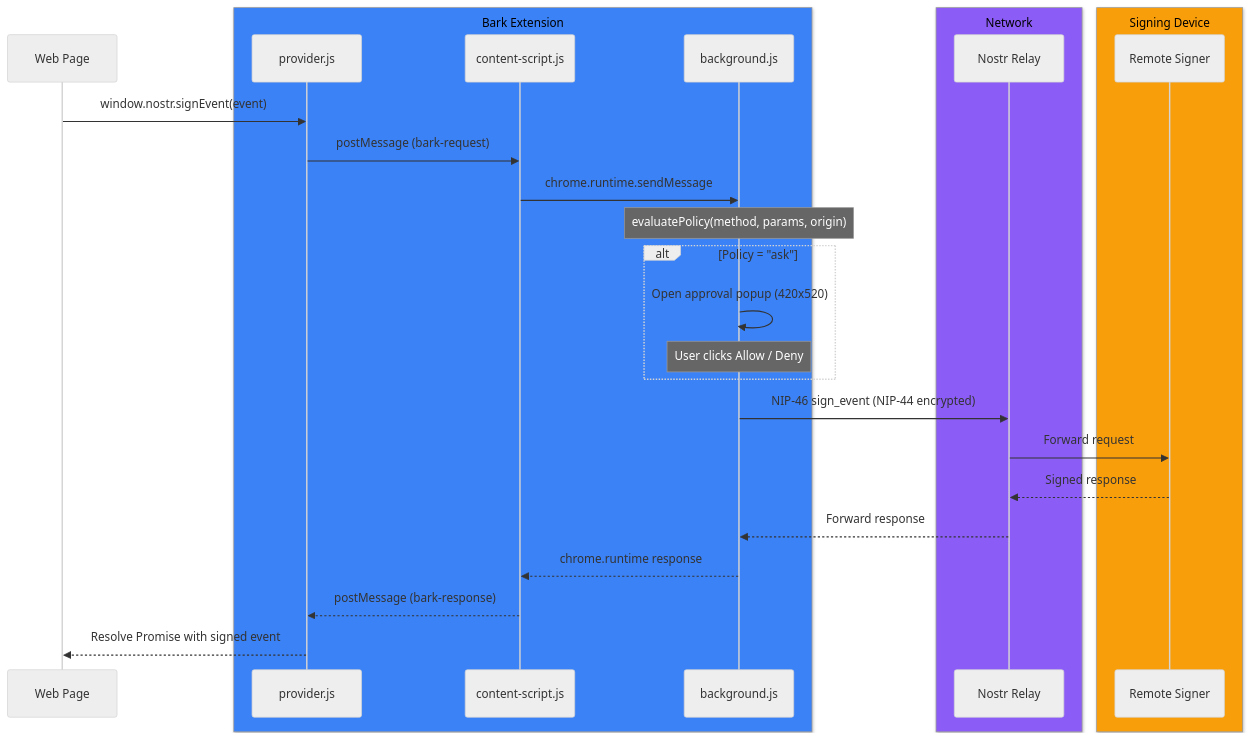
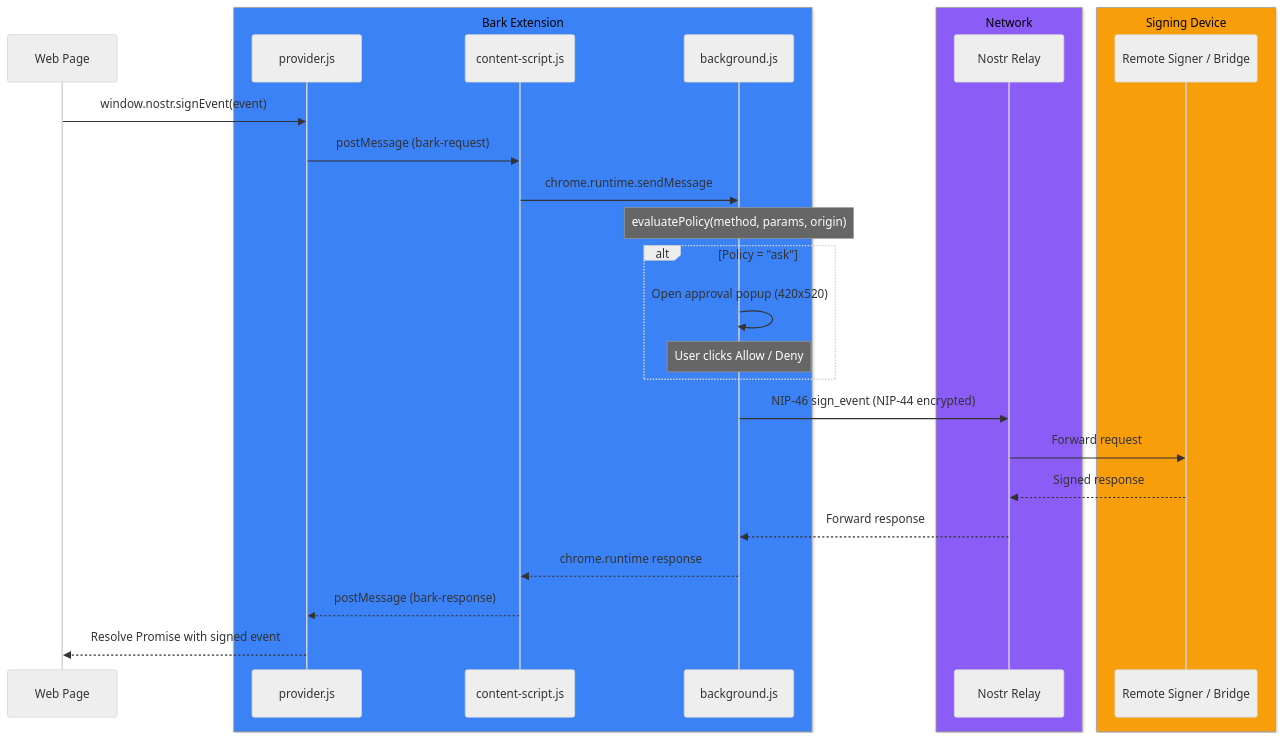
One commit to forgesworn/bark changed the second of 2 diagrams in ARCHITECTURE.md. Above: the diagram before and after it, drawn with Mermaid (neutral theme). The commit also changed other lines of this file and 28 other files, not shown here.

````diff
--- a/ARCHITECTURE.md
+++ b/ARCHITECTURE.md
@@ -30,34 +33,34 @@
 ```mermaid
 sequenceDiagram
     participant WA as Web Page
     box rgb(59, 130, 246) Bark Extension
         participant P as provider.js
         participant CS as content-script.js
         participant BG as background.js
     end
     box rgb(139, 92, 246) Network
         participant R as Nostr Relay
     end
     box rgb(249, 158, 11) Signing Device
-        participant HW as Remote Signer
+        participant HW as Remote Signer / Bridge
     end
 
     WA->>P: window.nostr.signEvent(event)
     P->>CS: postMessage (bark-request)
     CS->>BG: chrome.runtime.sendMessage
 
     Note over BG: evaluatePolicy(method, params, origin)
     alt Policy = "ask"
         BG->>BG: Open approval popup (420x520)
         Note over BG: User clicks Allow / Deny
     end
 
     BG->>R: NIP-46 sign_event (NIP-44 encrypted)
     R->>HW: Forward request
     HW-->>R: Signed response
     R-->>BG: Forward response
 
     BG-->>CS: chrome.runtime response
     CS-->>P: postMessage (bark-response)
     P-->>WA: Resolve Promise with signed event
 ```
````
